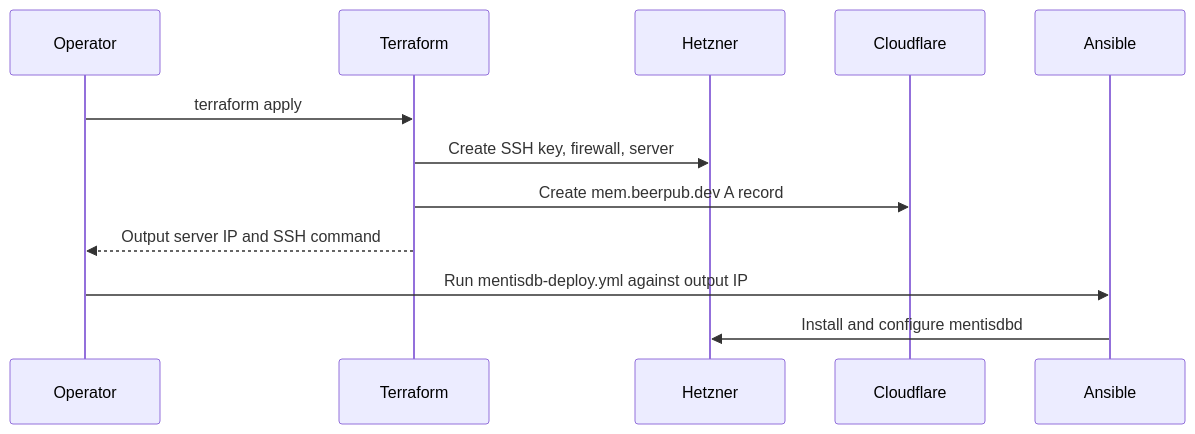
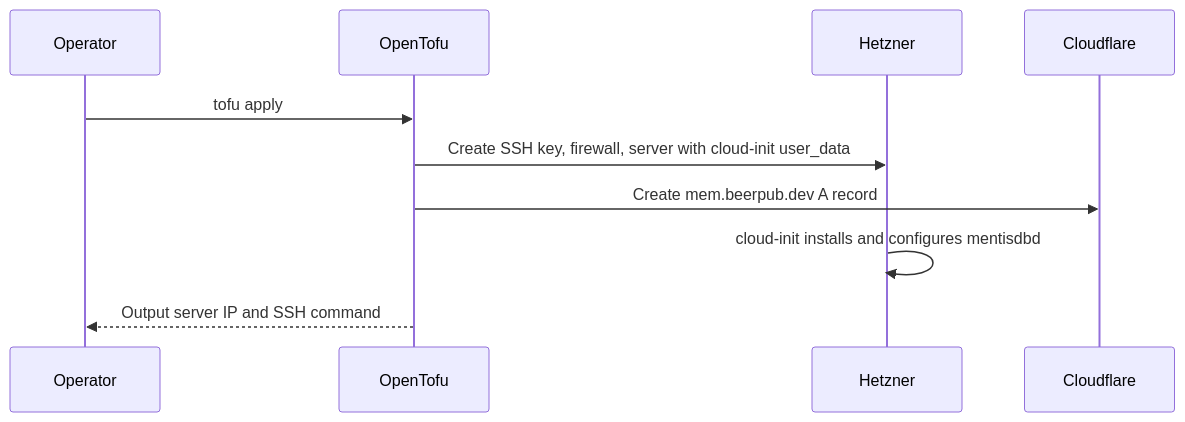
One commit to atvirokodosprendimai/ai-pipeline-template changed the diagram in infrastructure/terraform/mentisdb/README.md. Above: the diagram before and after it, drawn with Mermaid. The commit also changed other lines of this file and 18 other files, not shown here.

First line of the commit message:
refactor: IaC mailservice pattern + cloud-init deploy (#581)

````diff
--- a/infrastructure/terraform/mentisdb/README.md
+++ b/infrastructure/terraform/mentisdb/README.md
@@ -55,15 +65,13 @@
 ```mermaid
 sequenceDiagram
     participant Operator
-    participant Terraform
+    participant OpenTofu
     participant Hetzner
     participant Cloudflare
-    participant Ansible
 
-    Operator->>Terraform: terraform apply
-    Terraform->>Hetzner: Create SSH key, firewall, server
-    Terraform->>Cloudflare: Create mem.beerpub.dev A record
-    Terraform-->>Operator: Output server IP and SSH command
-    Operator->>Ansible: Run mentisdb-deploy.yml against output IP
-    Ansible->>Hetzner: Install and configure mentisdbd
+    Operator->>OpenTofu: tofu apply
+    OpenTofu->>Hetzner: Create SSH key, firewall, server with cloud-init user_data
+    OpenTofu->>Cloudflare: Create mem.beerpub.dev A record
+    Hetzner->>Hetzner: cloud-init installs and configures mentisdbd
+    OpenTofu-->>Operator: Output server IP and SSH command
 ```
````
